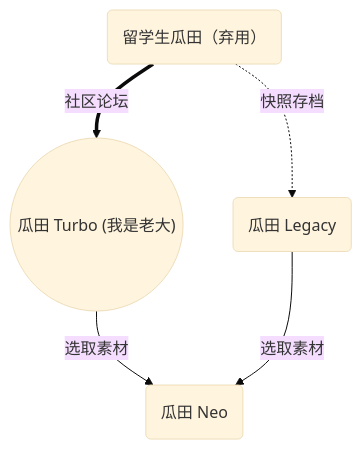
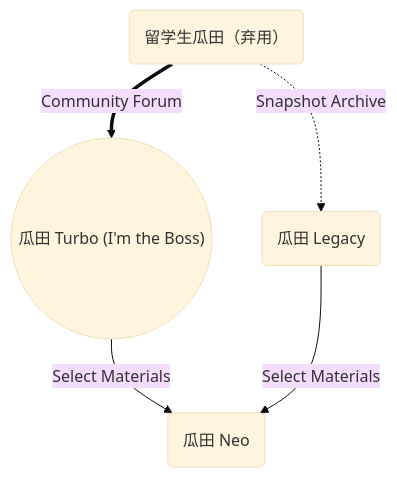
The diagram in content.en/posts/README/index.md (JamesFlare1212/GOSSIP), drawn with Mermaid (base theme) before and after one commit. The commit also changed other lines of this file and 28 other files, not shown here.

````diff
--- a/content.en/posts/README/index.md
+++ b/content.en/posts/README/index.md
@@ -92,7 +91,7 @@
 ```mermaid
 flowchart TB
-    A("留学生瓜田（弃用）") ==>|社区论坛| C(("瓜田 Turbo (我是老大)"))
-    A -.->|快照存档| D("瓜田 Legacy")
-    C -->|选取素材| B("瓜田 Neo")
-    D -->|选取素材| B
+    A("留学生瓜田（弃用）") ==>|Community Forum| C(("瓜田 Turbo (I'm the Boss)"))
+    A -.->|Snapshot Archive| D("瓜田 Legacy")
+    C -->|Select Materials| B("瓜田 Neo")
+    D -->|Select Materials| B
 ```
````
